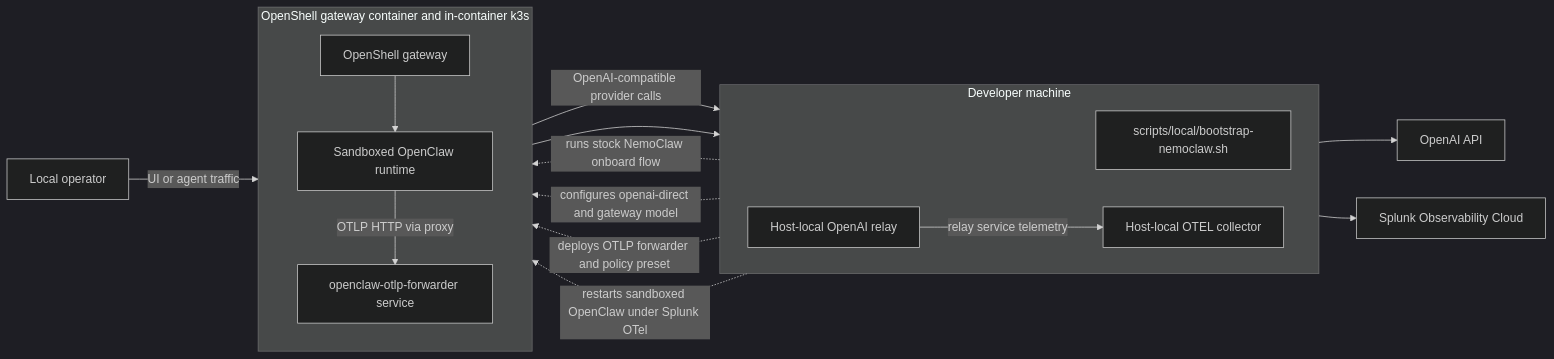
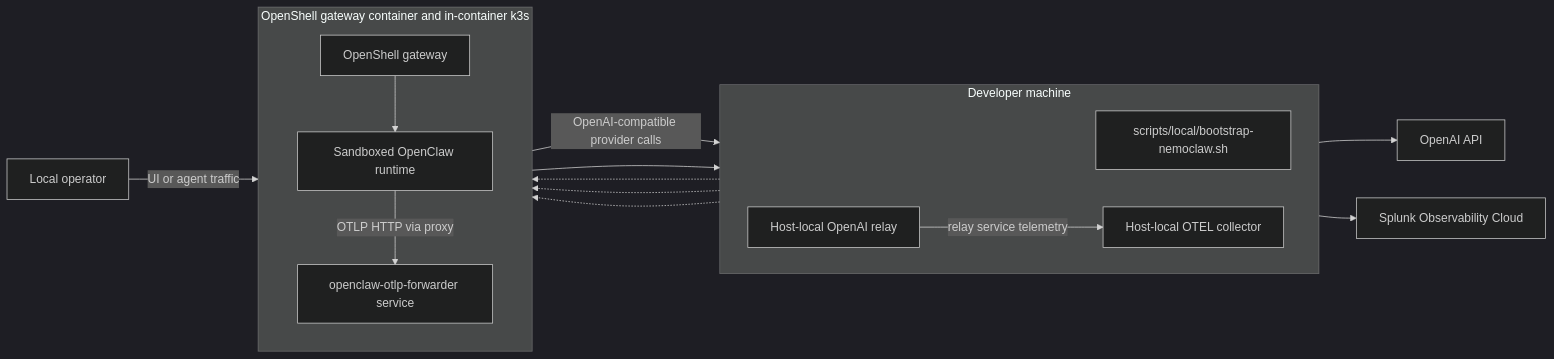
Before and after one commit to chambear2809/openclaw-o11y: the third of 3 diagrams in docs/architecture.md, drawn with Mermaid (dark theme). The commit also changed other lines of this file, not shown here.

Commit message:
Fix Mermaid diagram syntax

````diff
--- a/docs/architecture.md
+++ b/docs/architecture.md
@@ -110,31 +114,33 @@
 ```mermaid
 flowchart LR
   User[Local operator]
   Splunk[Splunk Observability Cloud]
   OpenAI[OpenAI API]
 
   subgraph Host["Developer machine"]
     direction LR
     Bootstrap[scripts/local/bootstrap-nemoclaw.sh]
     Collector[Host-local OTEL collector]
     Relay[Host-local OpenAI relay]
   end
 
   subgraph GatewayCluster["OpenShell gateway container and in-container k3s"]
     direction TB
     Gateway[OpenShell gateway]
     Sandbox[Sandboxed OpenClaw runtime]
     Forwarder[openclaw-otlp-forwarder service]
   end
 
-  User -->|UI or agent traffic| Gateway --> Sandbox
-  Gateway -->|OpenAI-compatible provider calls| Relay --> OpenAI
-  Sandbox -->|OTLP HTTP via proxy| Forwarder --> Collector
+  User -->|UI or agent traffic| Gateway
+  Gateway --> Sandbox
+  Gateway -->|OpenAI-compatible provider calls| Relay
+  Relay --> OpenAI
+  Sandbox -->|OTLP HTTP via proxy| Forwarder
+  Forwarder --> Collector
   Relay -->|relay service telemetry| Collector
   Collector --> Splunk
 
-  Bootstrap -. runs stock NemoClaw onboard flow .-> Gateway
-  Bootstrap -. configures openai-direct and gateway model .-> Gateway
-  Bootstrap -. deploys OTLP forwarder and policy preset .-> Forwarder
-  Bootstrap -. restarts sandboxed OpenClaw under Splunk OTel .-> Sandbox
+  Bootstrap -.-> Gateway
+  Bootstrap -.-> Forwarder
+  Bootstrap -.-> Sandbox
 ```
````
